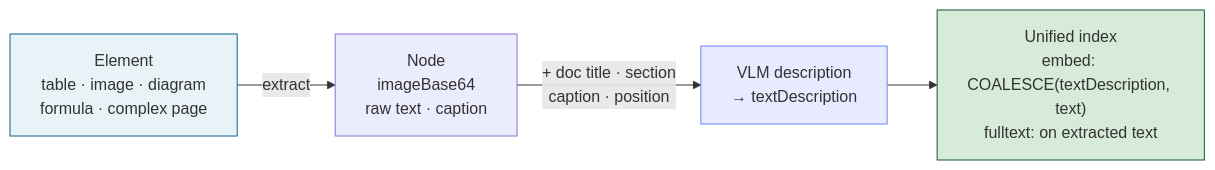
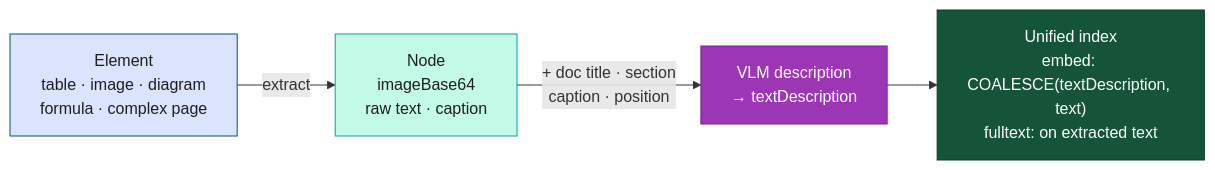
The fifth of 13 diagrams in outputs/Graph_Intelligence_Technical_DeepDive.md (joy-neo4j/graph-intelligence-agent), drawn with Mermaid before and after one commit. The commit also changed other lines of this file and 1 other file, not shown here.

First line of the commit message:
style(diagrams): restyle all Mermaid diagrams for contrast and colour

````diff
--- a/outputs/Graph_Intelligence_Technical_DeepDive.md
+++ b/outputs/Graph_Intelligence_Technical_DeepDive.md
@@ -385,9 +400,10 @@
 ```mermaid
 flowchart LR
     El["Element<br/>table · image · diagram<br/>formula · complex page"] -->|extract| N["Node<br/>imageBase64<br/>raw text · caption"]
     N -->|"+ doc title · section<br/>caption · position"| VLM["VLM description<br/>→ textDescription"]
     VLM --> Idx["Unified index<br/>embed: COALESCE(textDescription, text)<br/>fulltext: on extracted text"]
-    style El fill:#E8F3F8,stroke:#0A6190
-    style VLM fill:#E8EAFF,stroke:#6A82FF
-    style Idx fill:#D6ECD8,stroke:#145439
+    style El fill:#dbe4ff,stroke:#005073,color:#1e1e1e
+    style N fill:#c3fae8,stroke:#1098ad,color:#1e1e1e
+    style VLM fill:#9c36b5,stroke:#7a1fa2,color:#fff
+    style Idx fill:#145439,stroke:#0d3a26,color:#fff
 ```
````
